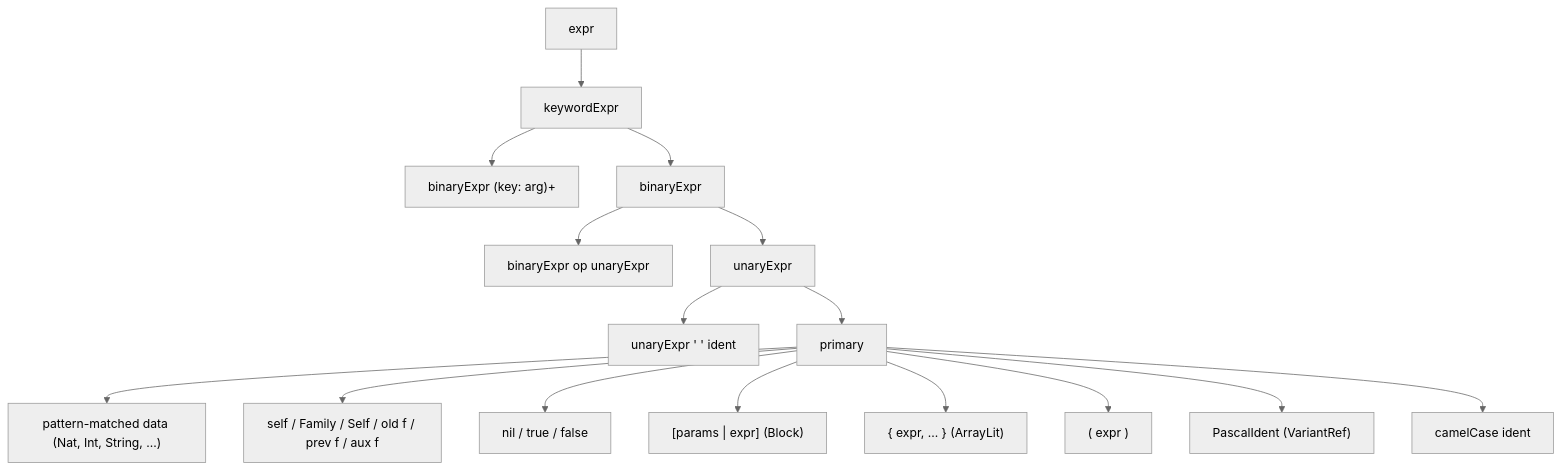
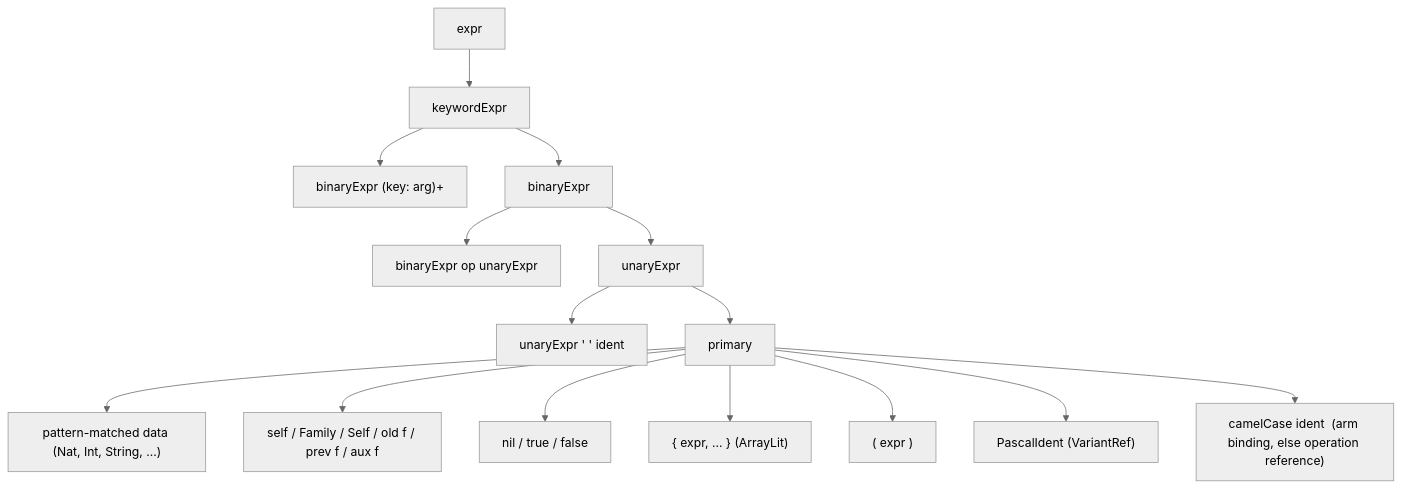
One commit to lapis-lang/lapis-lang changed the first of 8 diagrams in _docs/theory/surface-syntax.md. Above: the diagram before and after it, drawn with Mermaid (neutral theme). The commit also changed other lines of this file and 12 other files, not shown here.

````diff
--- a/_docs/theory/surface-syntax.md
+++ b/_docs/theory/surface-syntax.md
@@ -280,18 +286,17 @@
 ```mermaid
 flowchart TD
     expr --> keywordExpr
     keywordExpr --> kw_op["binaryExpr (key: arg)+"]
     keywordExpr --> binaryExpr
     binaryExpr --> bin_op["binaryExpr op unaryExpr"]
     binaryExpr --> unaryExpr
     unaryExpr --> unary_chain["unaryExpr ' ' ident"]
     unaryExpr --> primary
     primary --> prim_data["pattern-matched data (Nat, Int, String, ...)"]
     primary --> prim_ref["self / Family / Self / old f / prev f / aux f"]
     primary --> prim_nil["nil / true / false"]
-    primary --> prim_block["[params | expr]  (Block)"]
     primary --> prim_array["{ expr, ... }  (ArrayLit)"]
     primary --> prim_paren["( expr )"]
     primary --> prim_pascal["PascalIdent (VariantRef)"]
-    primary --> prim_ident["camelCase ident"]
+    primary --> prim_ident["camelCase ident  (arm binding, else operation reference)"]
 ```
````
